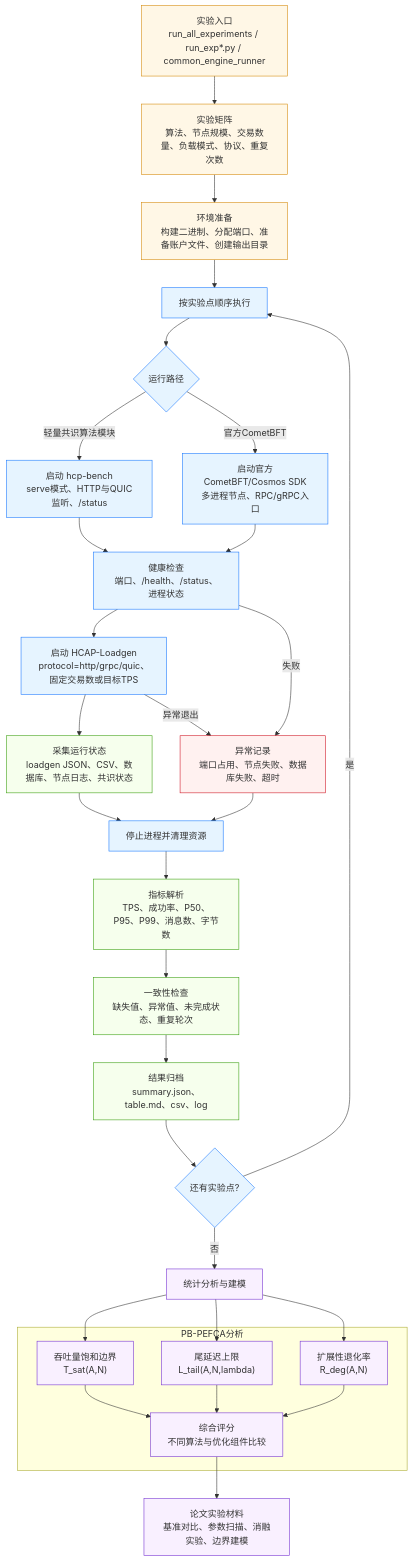
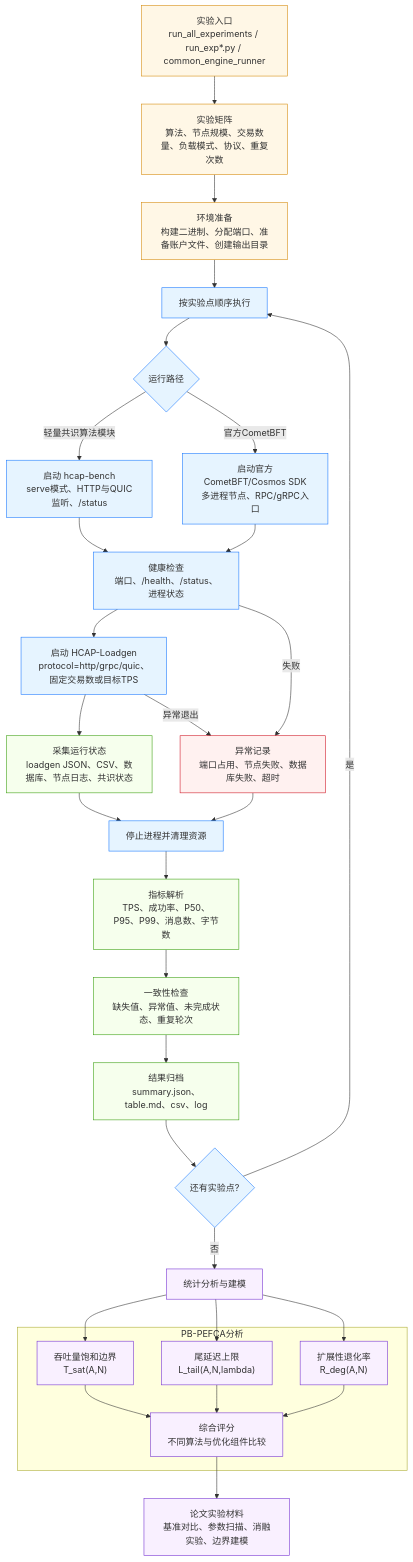
One commit to fffeng99999/hcp changed the sixth of 10 diagrams in chapter4-mermaid/README.md. Above: the diagram before and after it, drawn with Mermaid. The commit also changed other lines of this file and 1 other file, not shown here.

````diff
--- a/chapter4-mermaid/README.md
+++ b/chapter4-mermaid/README.md
@@ -341,52 +341,52 @@
 ```mermaid
 flowchart TB
   Entry["实验入口<br/>run_all_experiments / run_exp*.py / common_engine_runner"] --> Matrix["实验矩阵<br/>算法、节点规模、交易数量、负载模式、协议、重复次数"]
   Matrix --> Prepare["环境准备<br/>构建二进制、分配端口、准备账户文件、创建输出目录"]
   Prepare --> Loop["按实验点顺序执行"]
 
   Loop --> Path{"运行路径"}
-  Path -- "轻量共识算法模块" --> StartBench["启动 hcp-bench<br/>serve模式、HTTP与QUIC监听、/status"]
+  Path -- "轻量共识算法模块" --> StartBench["启动 hcap-bench<br/>serve模式、HTTP与QUIC监听、/status"]
   Path -- "官方CometBFT" --> StartComet["启动官方CometBFT/Cosmos SDK<br/>多进程节点、RPC/gRPC入口"]
 
   StartBench --> Health["健康检查<br/>端口、/health、/status、进程状态"]
   StartComet --> Health
   Health --> Load["启动 HCAP-Loadgen<br/>protocol=http/grpc/quic、固定交易数或目标TPS"]
   Load --> Collect["采集运行状态<br/>loadgen JSON、CSV、数据库、节点日志、共识状态"]
   Collect --> Stop["停止进程并清理资源"]
   Stop --> Parse["指标解析<br/>TPS、成功率、P50、P95、P99、消息数、字节数"]
   Parse --> Check["一致性检查<br/>缺失值、异常值、未完成状态、重复轮次"]
   Check --> Persist["结果归档<br/>summary.json、table.md、csv、log"]
   Persist --> More{"还有实验点?"}
   More -- "是" --> Loop
   More -- "否" --> Analyze["统计分析与建模"]
 
   subgraph PEFCA["PB-PEFCA分析"]
     A1["吞吐量饱和边界<br/>T_sat(A,N)"]
     A2["尾延迟上限<br/>L_tail(A,N,lambda)"]
     A3["扩展性退化率<br/>R_deg(A,N)"]
     A4["综合评分<br/>不同算法与优化组件比较"]
   end
 
   Analyze --> A1
   Analyze --> A2
   Analyze --> A3
   A1 --> A4
   A2 --> A4
   A3 --> A4
   A4 --> Paper["论文实验材料<br/>基准对比、参数扫描、消融实验、边界建模"]
 
   Health -- "失败" --> Fail["异常记录<br/>端口占用、节点失败、数据库失败、超时"]
   Load -- "异常退出" --> Fail
   Fail --> Stop
 
   classDef init fill:#fff7e6,stroke:#d48806;
   classDef run fill:#e6f4ff,stroke:#1677ff;
   classDef data fill:#f6ffed,stroke:#389e0d;
   classDef model fill:#f9f0ff,stroke:#722ed1;
   classDef fail fill:#fff1f0,stroke:#cf1322;
   class Entry,Matrix,Prepare init;
   class Loop,Path,StartBench,StartComet,Health,Load,Stop,More run;
   class Collect,Parse,Check,Persist data;
   class Analyze,A1,A2,A3,A4,Paper model;
   class Fail fail;
 ```
````
